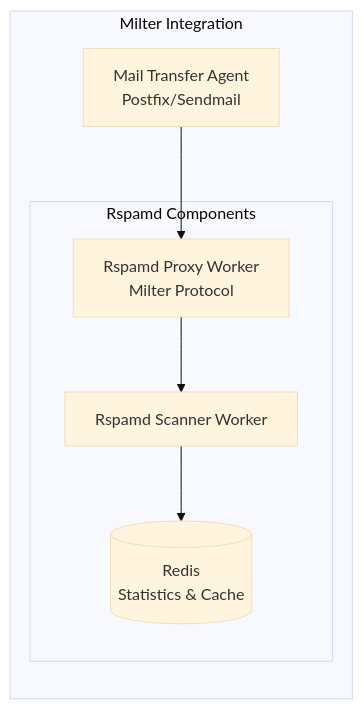
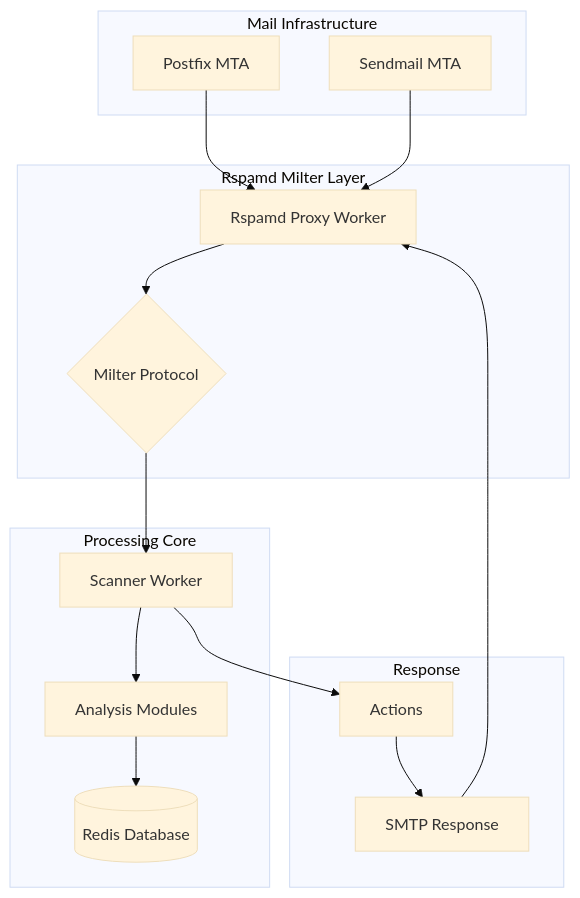
The second of 2 diagrams in docs/tutorials/integration.md (rspamd/docs.rspamd.com), drawn with Mermaid (base theme) before and after one commit. The commit also changed other lines of this file and 1 other file, not shown here.

Commit message:
Really fix diagrams

````diff
--- a/docs/tutorials/integration.md
+++ b/docs/tutorials/integration.md
@@ -49,14 +69,33 @@
 ```mermaid
-graph LR
-    subgraph "Milter Integration"
-        MTA[Mail Transfer Agent<br/>Postfix/Sendmail] --> proxy[Rspamd Proxy Worker<br/>Milter Protocol]
-        proxy --> worker[Rspamd Scanner Worker]
-        
-        subgraph "Rspamd Components"
-            proxy
-            worker
-            redis[(Redis<br/>Statistics & Cache)]
-            worker --> redis
-        end
+graph TD
+    subgraph "Mail Infrastructure"
+        postfix[Postfix MTA]
+        sendmail[Sendmail MTA]
     end
+    
+    subgraph "Rspamd Milter Layer"
+        proxy[Rspamd Proxy Worker]
+        milter{Milter Protocol}
+    end
+    
+    subgraph "Processing Core"
+        scanner[Scanner Worker]
+        modules[Analysis Modules]
+        redis[(Redis Database)]
+    end
+    
+    subgraph "Response"
+        actions[Actions]
+        response[SMTP Response]
+    end
+    
+    postfix --> proxy
+    sendmail --> proxy
+    proxy --> milter
+    milter --> scanner
+    scanner --> modules
+    modules --> redis
+    scanner --> actions
+    actions --> response
+    response --> proxy
 ```
````
